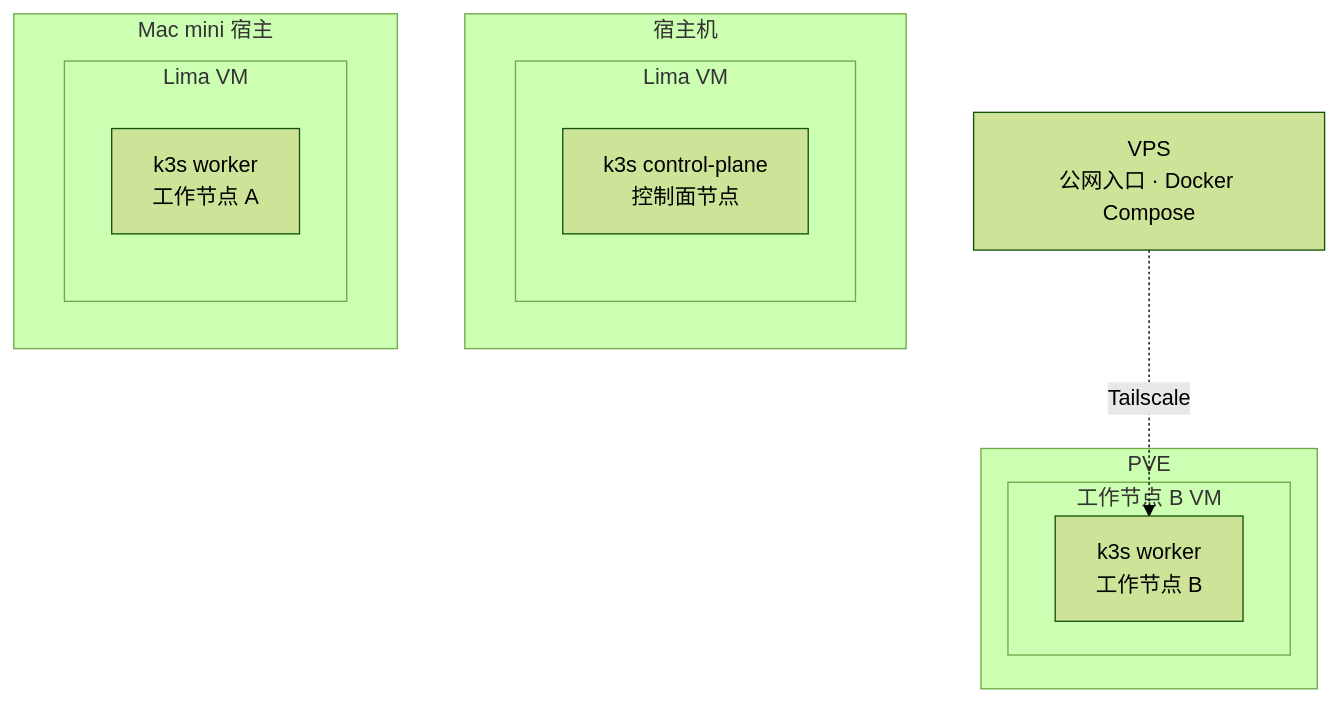
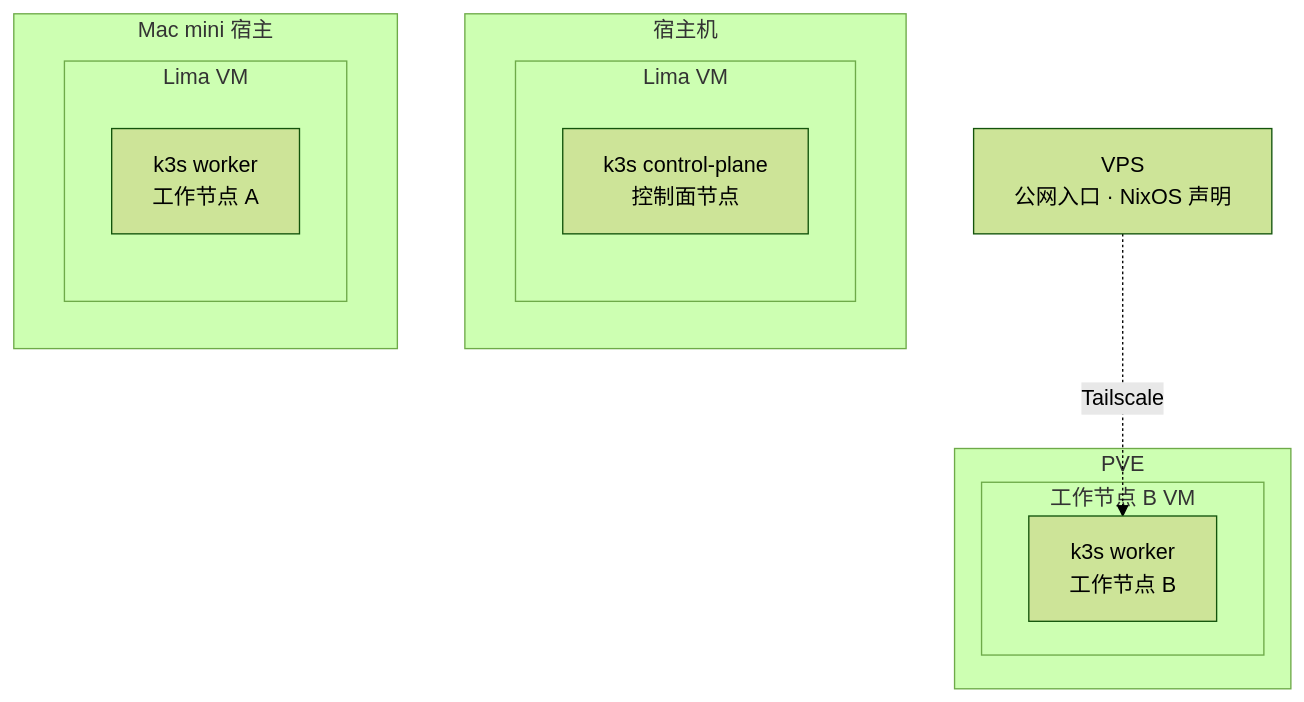
One commit to shelken/home-ops changed the first of 8 diagrams in docs/ARCHITECTURE.md. Above: the diagram before and after it, drawn with Mermaid (forest theme). The commit also changed other lines of this file and 43 other files, not shown here.

First line of the commit message:
refactor(vps): 退休 compose/vps，VPS 容器改由 nix-config 声明

````diff
--- a/docs/ARCHITECTURE.md
+++ b/docs/ARCHITECTURE.md
@@ -24,23 +24,23 @@
 ```mermaid
 graph TB
     subgraph SAKAMOTO["宿主机"]
         subgraph LIMA["Lima VM"]
             CP["k3s control-plane<br/>控制面节点"]
         end
     end
 
     subgraph PVE["PVE"]
         subgraph PVE_VM["工作节点 B VM"]
             WORKER["k3s worker<br/>工作节点 B"]
         end
     end
 
     subgraph YUUKO["Mac mini 宿主"]
         subgraph LIMA2["Lima VM"]
             WORKER2["k3s worker<br/>工作节点 A"]
         end
     end
 
-    VPS["VPS<br/>公网入口 · Docker Compose"]
+    VPS["VPS<br/>公网入口 · NixOS 声明"]
     VPS -.->|"Tailscale"| WORKER
 ```
````
